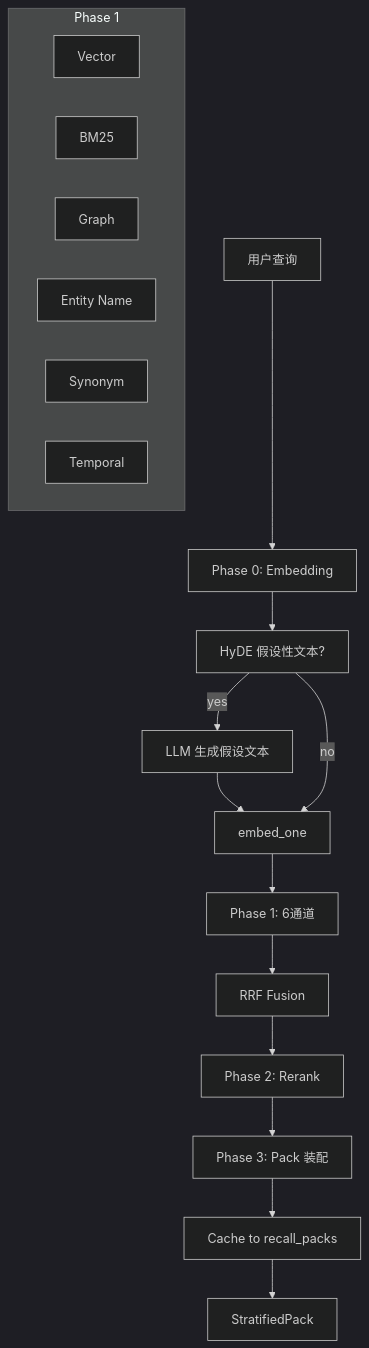
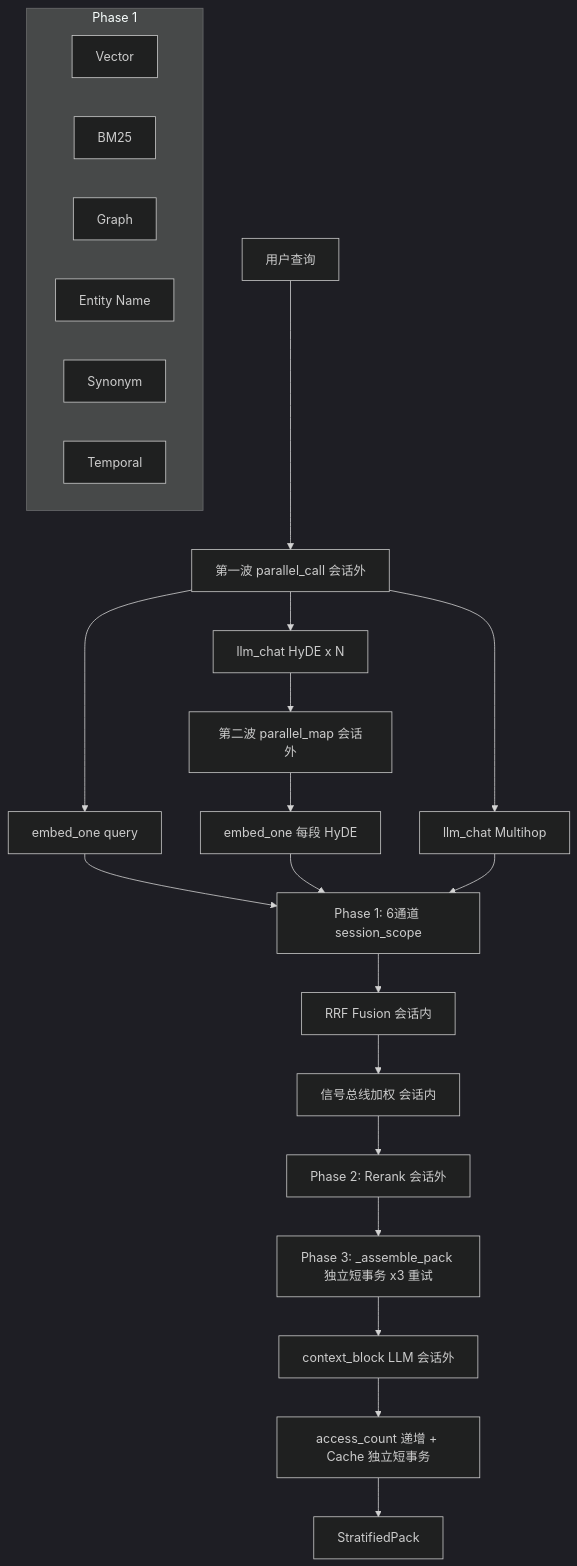
The second of 2 diagrams in source/chapters/14-retrieval-system.md (pty819/cortex-py-book), drawn with Mermaid (dark theme) before and after one commit. The commit also changed other lines of this file and 10 other files, not shown here.

````diff
--- a/source/chapters/14-retrieval-system.md
+++ b/source/chapters/14-retrieval-system.md
@@ -110,24 +112,29 @@
 ```{mermaid}
 flowchart TB
-    Q[用户查询] --> P0[Phase 0: Embedding]
-    P0 --> P0a[HyDE 假设性文本?]
-    P0a -->|yes| LLM1[LLM 生成假设文本]
-    LLM1 --> EMB[embed_one]
-    P0a -->|no| EMB
-    EMB --> P1[Phase 1: 6通道]
-    
+    Q[用户查询] --> W1[第一波 parallel_call 会话外]
+    W1 --> EMB[embed_one query]
+    W1 --> H1[llm_chat HyDE x N]
+    W1 --> M1[llm_chat Multihop]
+    H1 --> W2[第二波 parallel_map 会话外]
+    W2 --> HE[embed_one 每段 HyDE]
+    EMB --> P1[Phase 1: 6通道 session_scope]
+    HE --> P1
+    M1 --> P1
+
     subgraph Phase 1
         V[Vector]
         B[BM25]
         G[Graph]
         N[Entity Name]
         S[Synonym]
         T[Temporal]
     end
-    
-    P1 --> RRF[RRF Fusion]
-    RRF --> P2[Phase 2: Rerank]
-    P2 --> P3[Phase 3: Pack 装配]
-    P3 --> CACHE[Cache to recall_packs]
+
+    P1 --> RRF[RRF Fusion 会话内]
+    RRF --> SIG[信号总线加权 会话内]
+    SIG --> P2[Phase 2: Rerank 会话外]
+    P2 --> P3[Phase 3: _assemble_pack 独立短事务 x3 重试]
+    P3 --> CB[context_block LLM 会话外]
+    CB --> CACHE[access_count 递增 + Cache 独立短事务]
     CACHE --> OUT[StratifiedPack]
 ```
````
